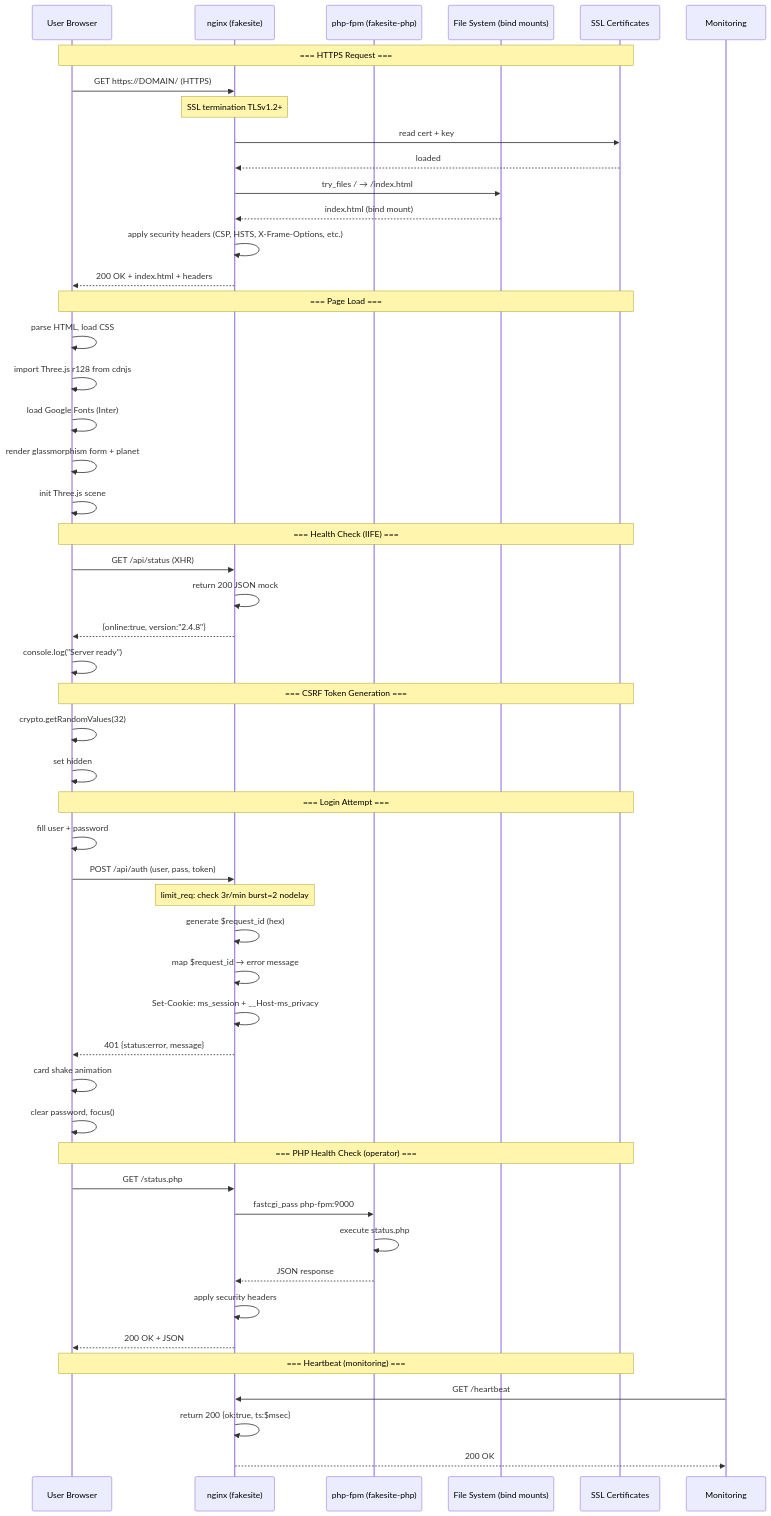
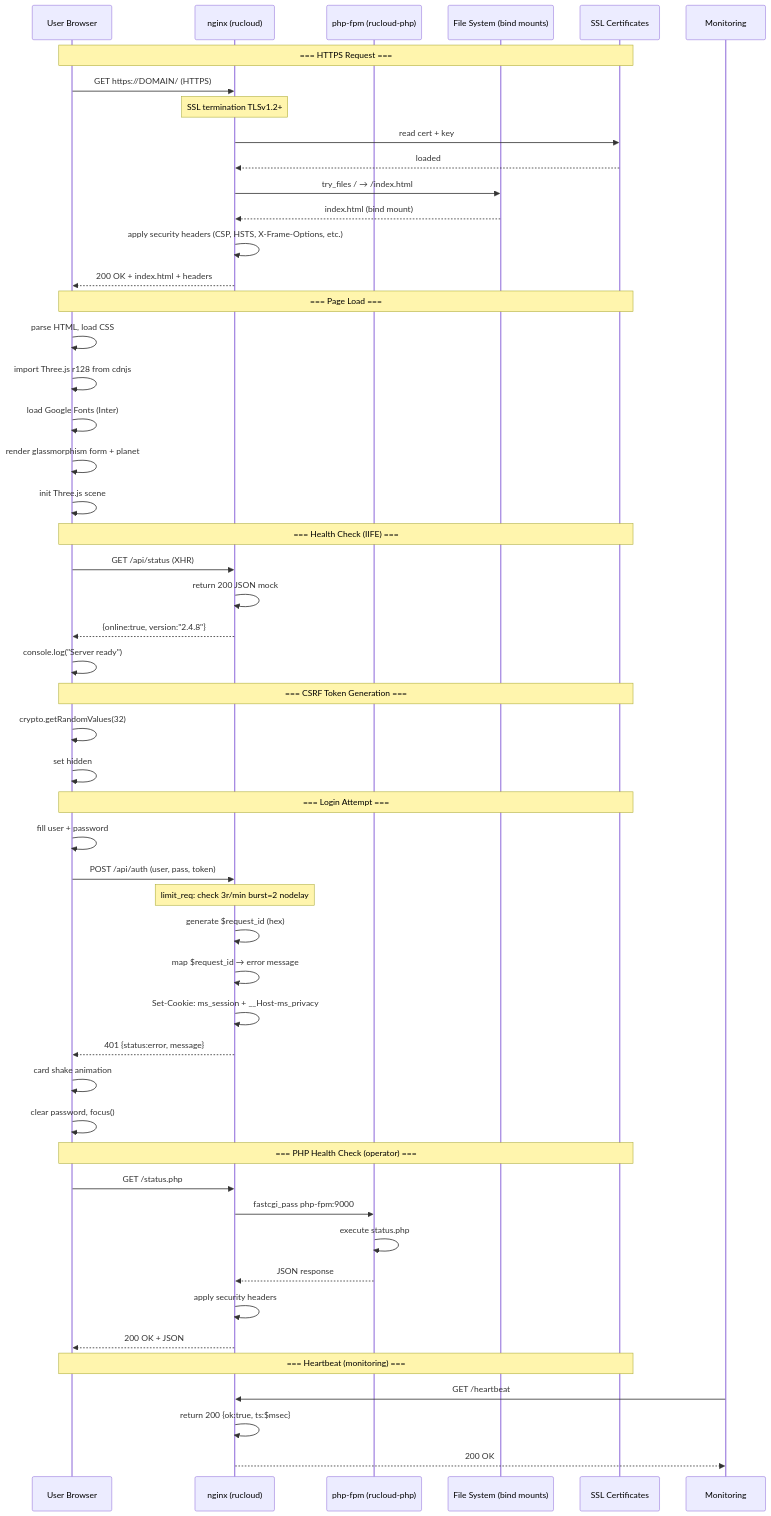
Diagram 12 of 14 in docs/myshpere-logic.md (Armruswest2024/RuCloud), drawn with Mermaid before and after one commit. The commit also changed other lines of this file and 12 other files, not shown here.

````diff
--- a/docs/myshpere-logic.md
+++ b/docs/myshpere-logic.md
@@ -473,60 +473,60 @@
 ```mermaid
 sequenceDiagram
   participant U as User Browser
-  participant N as nginx (fakesite)
-  participant P as php-fpm (fakesite-php)
+  participant N as nginx (rucloud)
+  participant P as php-fpm (rucloud-php)
   participant FS as File System (bind mounts)
   participant SSL as SSL Certificates
   participant Monitor as Monitoring
 
   Note over U,SSL: === HTTPS Request ===
   U->>N: GET https://DOMAIN/ (HTTPS)
   Note over N: SSL termination TLSv1.2+
   N->>SSL: read cert + key
   SSL-->>N: loaded
   N->>FS: try_files / → /index.html
   FS-->>N: index.html (bind mount)
   N->>N: apply security headers (CSP, HSTS, X-Frame-Options, etc.)
   N-->>U: 200 OK + index.html + headers
 
   Note over U,SSL: === Page Load ===
   U->>U: parse HTML, load CSS
   U->>U: import Three.js r128 from cdnjs
   U->>U: load Google Fonts (Inter)
   U->>U: render glassmorphism form + planet
   U->>U: init Three.js scene
 
   Note over U,SSL: === Health Check (IIFE) ===
   U->>N: GET /api/status (XHR)
   N->>N: return 200 JSON mock
   N-->>U: {online:true, version:"2.4.8"}
   U->>U: console.log("Server ready")
 
   Note over U,SSL: === CSRF Token Generation ===
   U->>U: crypto.getRandomValues(32)
   U->>U: set hidden #requesttoken
 
   Note over U,SSL: === Login Attempt ===
   U->>U: fill user + password
   U->>N: POST /api/auth (user, pass, token)
   Note over N: limit_req: check 3r/min burst=2 nodelay
   N->>N: generate $request_id (hex)
   N->>N: map $request_id → error message
   N->>N: Set-Cookie: ms_session + __Host-ms_privacy
   N-->>U: 401 {status:error, message}
   U->>U: card shake animation
   U->>U: clear password, focus()
 
   Note over U,SSL: === PHP Health Check (operator) ===
   U->>N: GET /status.php
   N->>P: fastcgi_pass php-fpm:9000
   P->>P: execute status.php
   P-->>N: JSON response
   N->>N: apply security headers
   N-->>U: 200 OK + JSON
 
   Note over U,SSL: === Heartbeat (monitoring) ===
   Monitor->>N: GET /heartbeat
   N->>N: return 200 {ok:true, ts:$msec}
   N-->>Monitor: 200 OK
 ```
````
